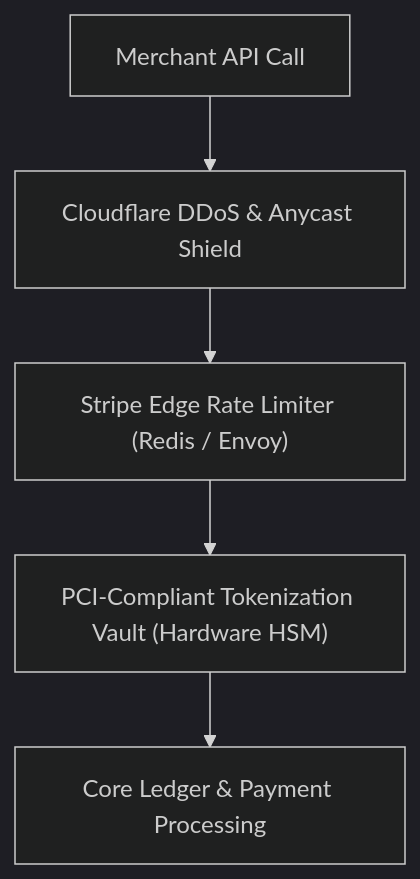
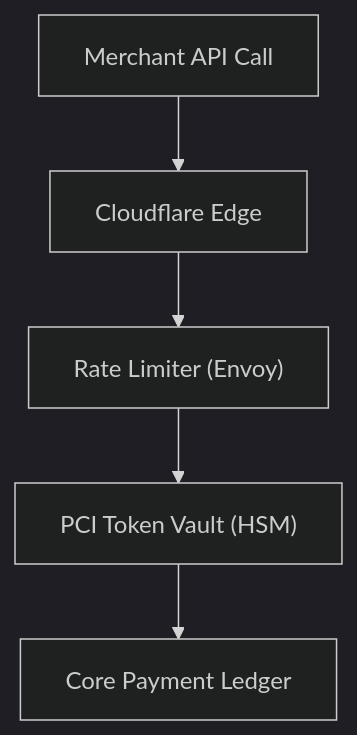
One commit to Sourav108/strivers-lld changed the diagram in strivers-hld/11-Security-and-Compliance/case-study.md. Above: the diagram before and after it, drawn with Mermaid (dark theme). The commit also changed 39 other files, not shown here.

Commit message:
fix(mermaid): wrap node labels, simplify diamonds, and reformat wide diagrams for perfect GitHub rendering

````diff
--- a/strivers-hld/11-Security-and-Compliance/case-study.md
+++ b/strivers-hld/11-Security-and-Compliance/case-study.md
@@ -7,7 +7,7 @@
 ```mermaid
 flowchart TD
-    Merchant["Merchant API Call"] --> Cloudflare["Cloudflare DDoS & Anycast Shield"]
-    Cloudflare --> RateLimiter["Stripe Edge Rate Limiter (Redis / Envoy)"]
-    RateLimiter --> Tokenizer["PCI-Compliant Tokenization Vault (Hardware HSM)"]
-    Tokenizer --> CoreAPI["Core Ledger & Payment Processing"]
+    Merchant["Merchant API Call"] --> Cloudflare["Cloudflare Edge"]
+    Cloudflare --> RateLimiter["Rate Limiter (Envoy)"]
+    RateLimiter --> Tokenizer["PCI Token Vault (HSM)"]
+    Tokenizer --> CoreAPI["Core Payment Ledger"]
 ```
````
